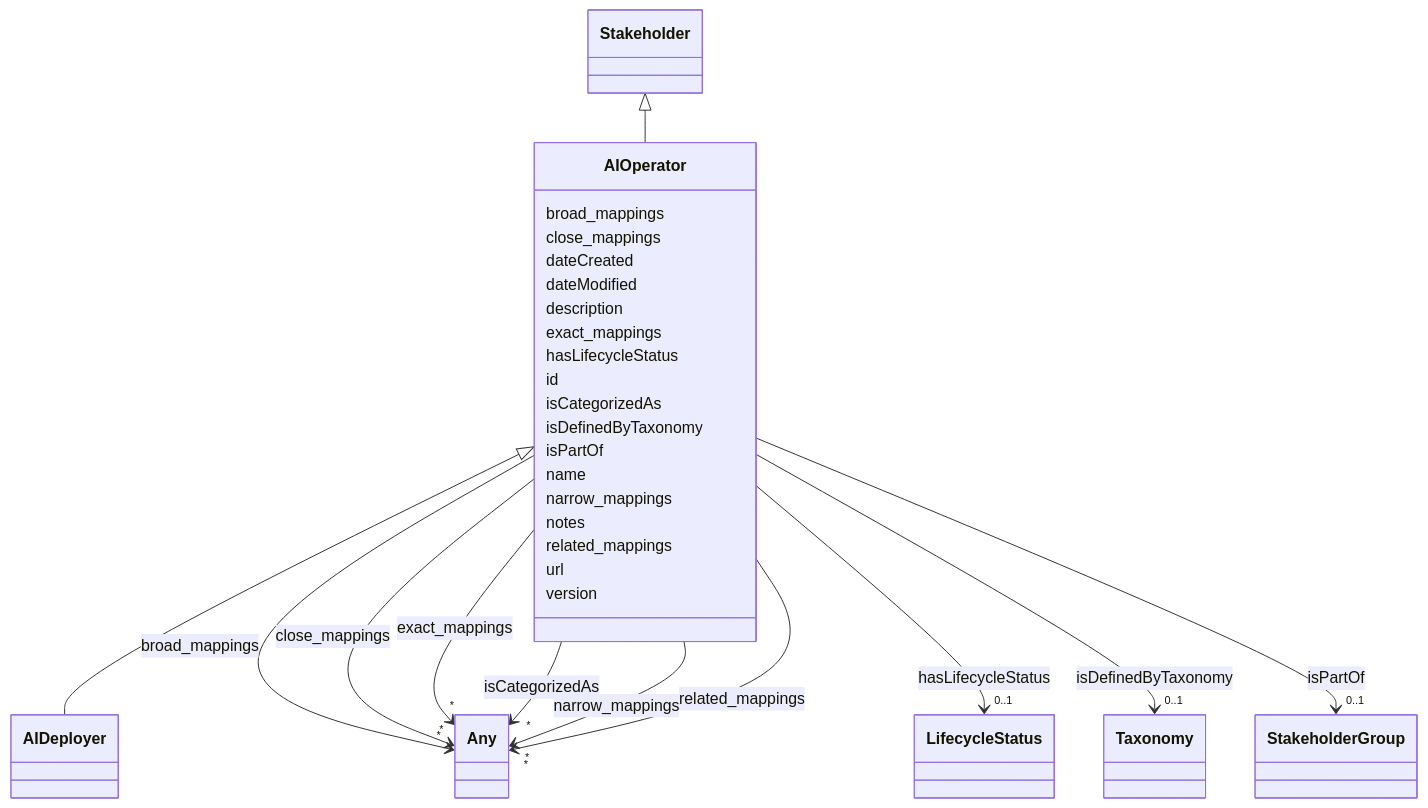
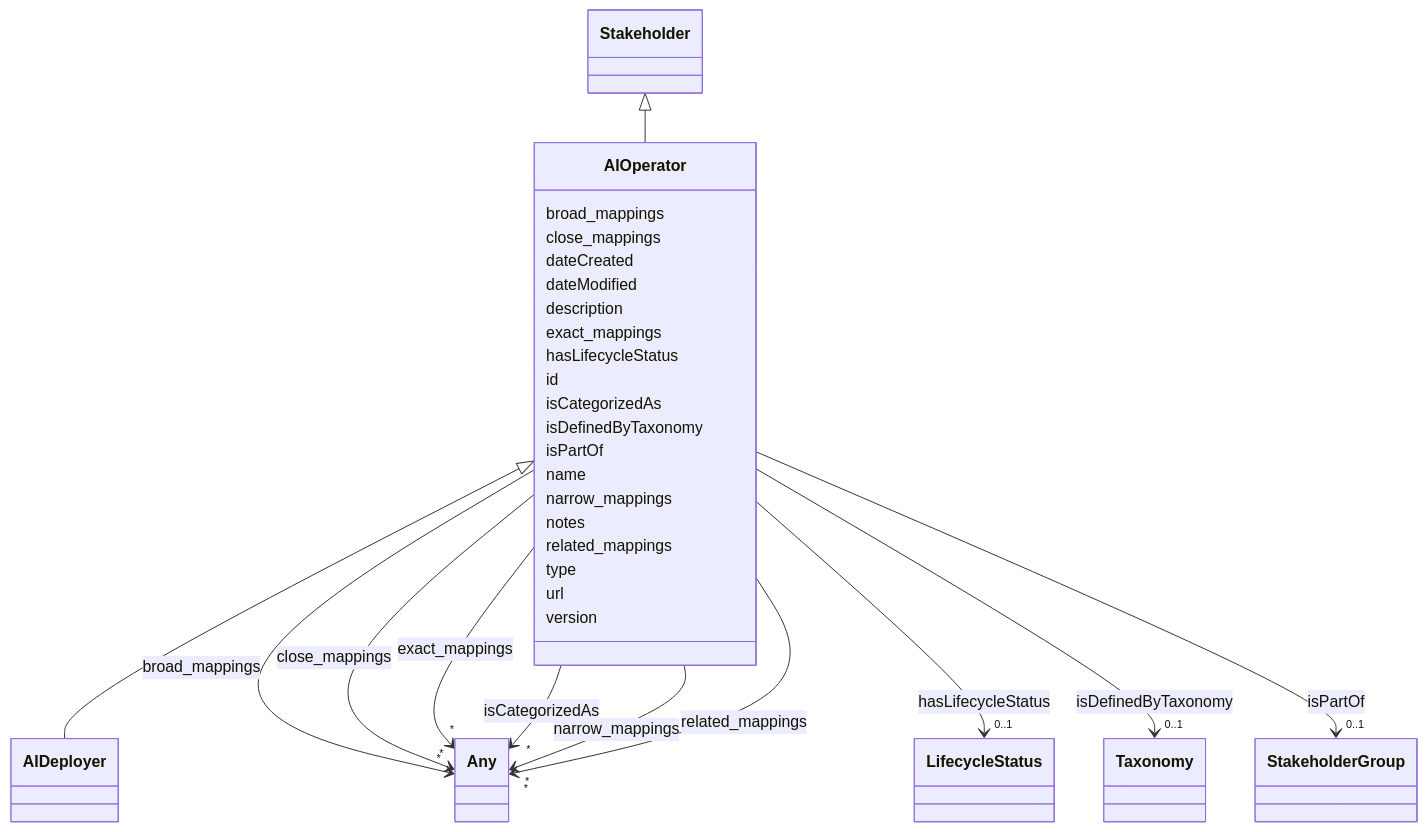
One commit to IBM/ai-atlas-nexus changed the diagram in docs/ontology/AIOperator.md. Above: the diagram before and after it, drawn with Mermaid. The commit also changed other lines of this file and 151 other files, not shown here.

```diff
--- a/docs/ontology/AIOperator.md
+++ b/docs/ontology/AIOperator.md
@@ -134,6 +134,8 @@
 
 
 
+      AIOperator : type
+
       AIOperator : url
 
       AIOperator : version
```
